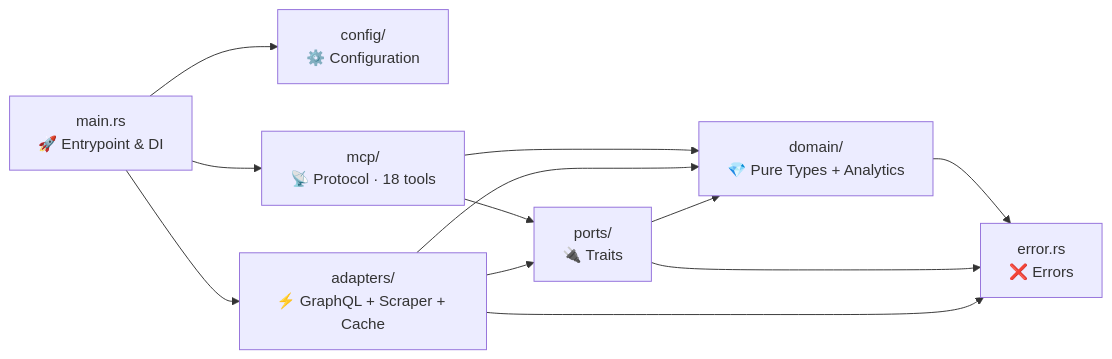
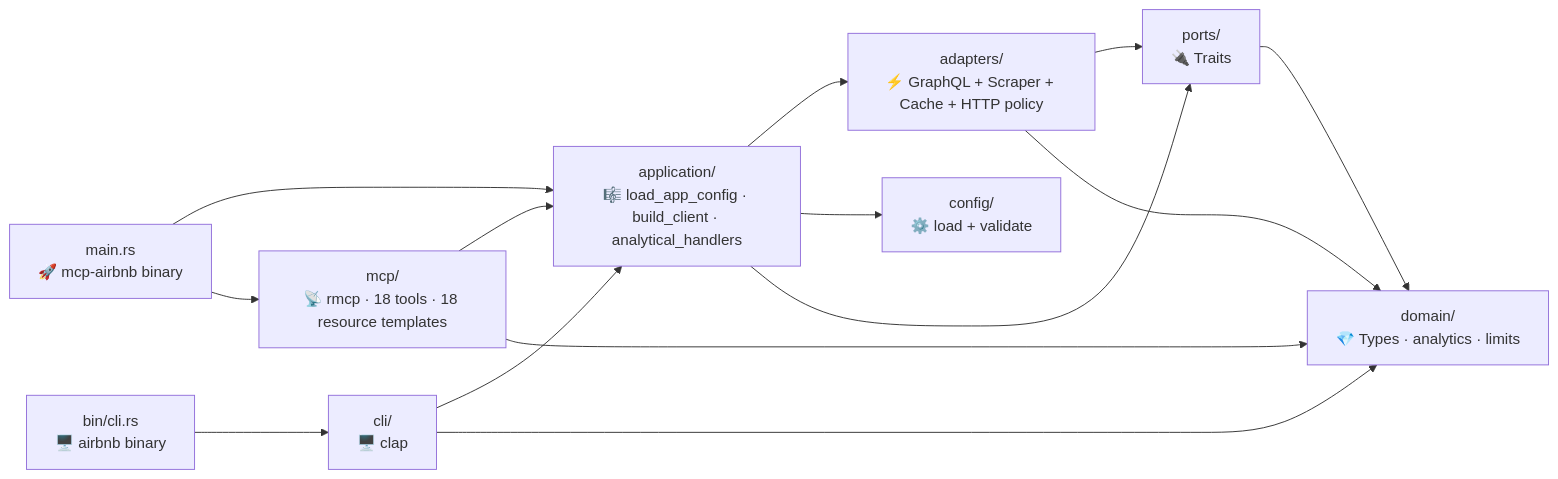
The diagram in src/README.md (muchiny/mcp-airbnb), drawn with Mermaid before and after one commit. The commit also changed other lines of this file and 194 other files, not shown here.

````diff
--- a/src/README.md
+++ b/src/README.md
@@ -7,22 +7,18 @@
 ```mermaid
 graph LR
-    main["main.rs<br/>🚀 Entrypoint & DI"] --> config
+    main["main.rs<br/>🚀 mcp-airbnb binary"] --> application
     main --> mcp
-    main --> adapters
-
-    mcp["mcp/<br/>📡 Protocol · 18 tools"] --> ports
+    clibin["bin/cli.rs<br/>🖥️ airbnb binary"] --> cli
+    mcp["mcp/<br/>📡 rmcp · 18 tools · 18 resource templates"] --> application
     mcp --> domain
-
-    adapters["adapters/<br/>⚡ GraphQL + Scraper + Cache"] --> ports
+    cli["cli/<br/>🖥️ clap"] --> application
+    cli --> domain
+    application["application/<br/>🎼 load_app_config · build_client · analytical_handlers"] --> adapters
+    application --> config
+    application --> ports
+    adapters["adapters/<br/>⚡ GraphQL + Scraper + Cache + HTTP policy"] --> ports
     adapters --> domain
-
     ports["ports/<br/>🔌 Traits"] --> domain
-
-    config["config/<br/>⚙️ Configuration"]
-    domain["domain/<br/>💎 Pure Types + Analytics"]
-    error["error.rs<br/>❌ Errors"]
-
-    domain --> error
-    ports --> error
-    adapters --> error
+    config["config/<br/>⚙️ load + validate"]
+    domain["domain/<br/>💎 Types · analytics · limits"]
 ```
````
